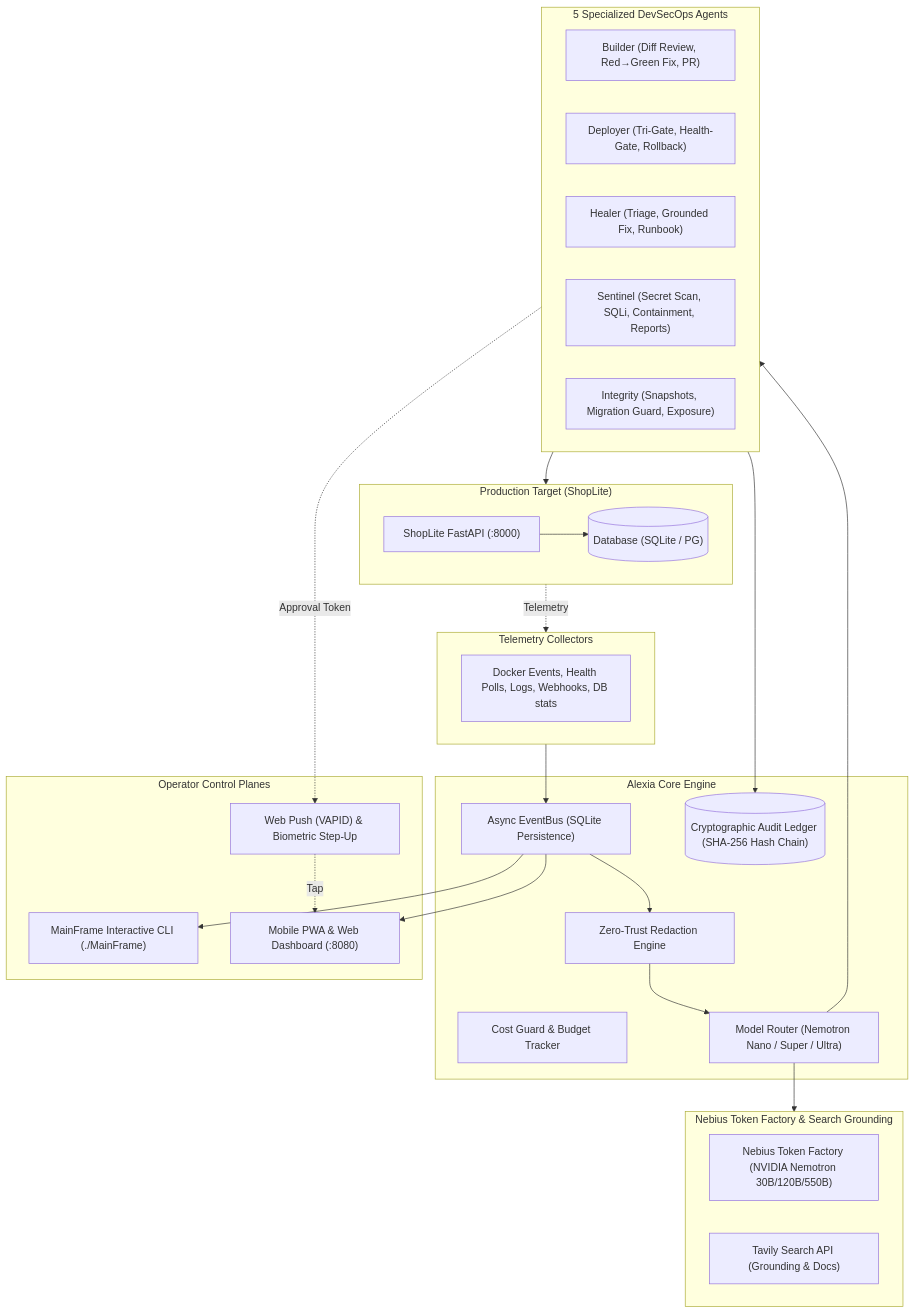
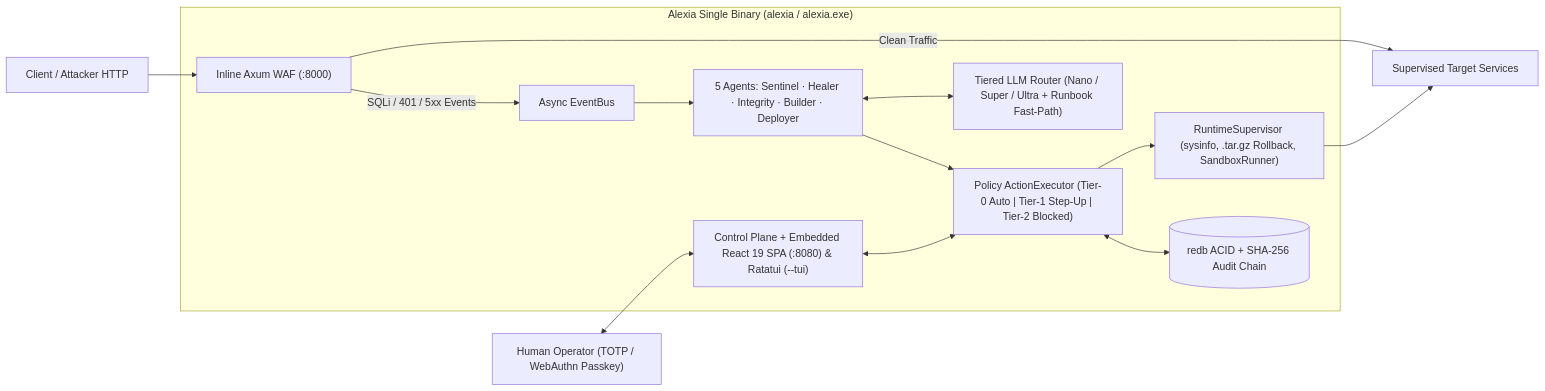
One commit to Destroyerved/Alexia changed the diagram in README.md. Above: the diagram before and after it, drawn with Mermaid. The commit also changed other lines of this file and 241 other files, not shown here.

````diff
--- a/README.md
+++ b/README.md
@@ -66,49 +38,19 @@
 ```mermaid
-flowchart TD
-    subgraph Target ["Production Target (ShopLite)"]
-        APP["ShopLite FastAPI (:8000)"]
-        DB[("Database (SQLite / PG)")]
-        APP --> DB
+flowchart LR
+    Traffic["Client / Attacker HTTP"] --> WAF["Inline Axum WAF (:8000)"]
+    WAF -->|"Clean Traffic"| Svc["Supervised Target Services"]
+    WAF -->|"SQLi / 401 / 5xx Events"| Bus["Async EventBus"]
+
+    subgraph Guardian["Alexia Single Binary (alexia / alexia.exe)"]
+        WAF
+        Bus --> Agents["5 Agents: Sentinel · Healer · Integrity · Builder · Deployer"]
+        Agents <--> LLM["Tiered LLM Router (Nano / Super / Ultra + Runbook Fast-Path)"]
+        Agents --> Exec["Policy ActionExecutor (Tier-0 Auto | Tier-1 Step-Up | Tier-2 Blocked)"]
+        Exec --> Sup["RuntimeSupervisor (sysinfo, .tar.gz Rollback, SandboxRunner)"]
+        Exec <--> DB[("redb ACID + SHA-256 Audit Chain")]
+        CP["Control Plane + Embedded React 19 SPA (:8080) & Ratatui (--tui)"] <--> Exec
     end
 
-    subgraph Collectors ["Telemetry Collectors"]
-        COL["Docker Events, Health Polls, Logs, Webhooks, DB stats"]
-    end
-
-    subgraph Core ["Alexia Core Engine"]
-        BUS["Async EventBus (SQLite Persistence)"]
-        REDACT["Zero-Trust Redaction Engine"]
-        AUDIT[("Cryptographic Audit Ledger (SHA-256 Hash Chain)")]
-        COST["Cost Guard & Budget Tracker"]
-        ROUTER["Model Router (Nemotron Nano / Super / Ultra)"]
-    end
-
-    subgraph Agents ["5 Specialized DevSecOps Agents"]
-        BUILDER["Builder (Diff Review, Red→Green Fix, PR)"]
-        DEPLOYER["Deployer (Tri-Gate, Health-Gate, Rollback)"]
-        HEALER["Healer (Triage, Grounded Fix, Runbook)"]
-        SENTINEL["Sentinel (Secret Scan, SQLi, Containment, Reports)"]
-        INTEGRITY["Integrity (Snapshots, Migration Guard, Exposure)"]
-    end
-
-    subgraph Cloud ["Nebius Token Factory & Search Grounding"]
-        NEBIUS["Nebius Token Factory (NVIDIA Nemotron 30B/120B/550B)"]
-        TAVILY["Tavily Search API (Grounding & Docs)"]
-    end
-
-    subgraph ControlPlanes ["Operator Control Planes"]
-        CLI["MainFrame Interactive CLI (./MainFrame)"]
-        DASH["Mobile PWA & Web Dashboard (:8080)"]
-        PUSH["Web Push (VAPID) & Biometric Step-Up"]
-    end
-
-    Target -. Telemetry .-> Collectors --> BUS
-    BUS --> REDACT --> ROUTER
-    ROUTER --> Cloud
-    ROUTER --> Agents
-    Agents --> Target
-    Agents --> AUDIT
-    BUS --> DASH
-    BUS --> CLI
-    Agents -. Approval Token .-> PUSH -. Tap .-> DASH
+    Sup --> Svc
+    Operator["Human Operator (TOTP / WebAuthn Passkey)"] <--> CP
 ```
````
